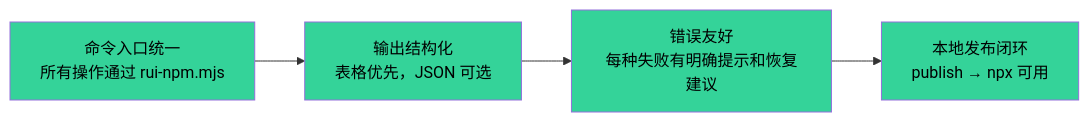
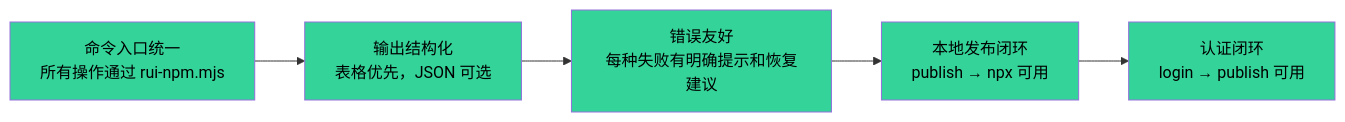
The third of 3 diagrams in skills/rui-npm/SKILL.md (effiy/YrY), drawn with Mermaid before and after one commit. The commit also changed other lines of this file and 2 other files, not shown here.

First line of the commit message:
feat(rui-npm): add Access Token authentication via login subcommand

````diff
--- a/skills/rui-npm/SKILL.md
+++ b/skills/rui-npm/SKILL.md
@@ -349,8 +392,9 @@
 ```mermaid
 flowchart LR
     S1["命令入口统一<br/>所有操作通过 rui-npm.mjs"]:::sig --> S2["输出结构化<br/>表格优先，JSON 可选"]:::sig
     S2 --> S3["错误友好<br/>每种失败有明确提示和恢复建议"]:::sig
     S3 --> S4["本地发布闭环<br/>publish → npx 可用"]:::sig
+    S4 --> S5["认证闭环<br/>login → publish 可用"]:::sig
 
     classDef sig fill:#34d399,color:#000
 ```
````
